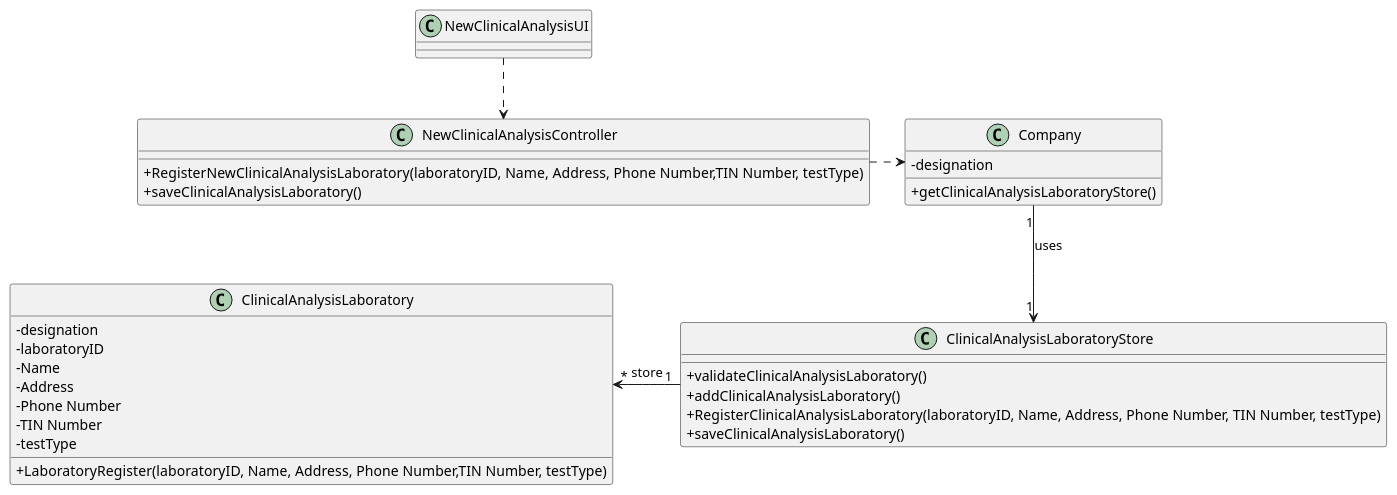
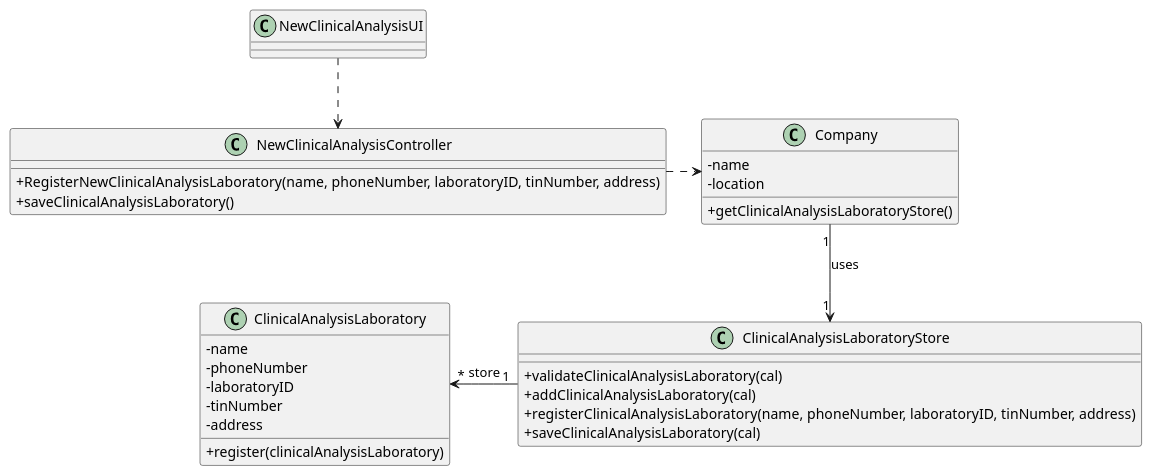
Before and after one commit to GuilhermeCunha79/lapr2: the diagram in docs/SprintB/US8/UC8_CD.puml, drawn with PlantUML. The commit also changed 12 other files, not shown here.

```diff
--- a/docs/SprintB/US8/UC8_CD.puml
+++ b/docs/SprintB/US8/UC8_CD.puml
@@ -1,41 +1,40 @@
 @startuml
 skinparam classAttributeIconSize 0
 
 class NewClinicalAnalysisUI{
 }
 
 class NewClinicalAnalysisController
 {
-    +RegisterNewClinicalAnalysisLaboratory(laboratoryID, Name, Address, Phone Number,TIN Number, testType)
+    +RegisterNewClinicalAnalysisLaboratory(name, phoneNumber, laboratoryID, tinNumber, address)
     +saveClinicalAnalysisLaboratory()
 }
 
 class ClinicalAnalysisLaboratory{
-    -designation
+    -name
+    -phoneNumber
     -laboratoryID
-    -Name
-    -Address
-    -Phone Number
-    -TIN Number
-    -testType
-    +LaboratoryRegister(laboratoryID, Name, Address, Phone Number,TIN Number, testType)
+    -tinNumber
+    -address
+    + register(clinicalAnalysisLaboratory)
 }
 
 class Company{
-	-designation
+	-name
+	-location
 	+getClinicalAnalysisLaboratoryStore()
 }
 
 class ClinicalAnalysisLaboratoryStore{
-    + validateClinicalAnalysisLaboratory()
-    +  addClinicalAnalysisLaboratory()
-    + RegisterClinicalAnalysisLaboratory(laboratoryID, Name, Address, Phone Number, TIN Number, testType)
-    + saveClinicalAnalysisLaboratory()
+    + validateClinicalAnalysisLaboratory(cal)
+    + addClinicalAnalysisLaboratory(cal)
+    + registerClinicalAnalysisLaboratory(name, phoneNumber, laboratoryID, tinNumber, address)
+    + saveClinicalAnalysisLaboratory(cal)
 }
 
 NewClinicalAnalysisUI ..> NewClinicalAnalysisController
 NewClinicalAnalysisController .right.> Company
 Company"1" --> "1"ClinicalAnalysisLaboratoryStore : uses
 ClinicalAnalysisLaboratoryStore"1" -left-> "*"ClinicalAnalysisLaboratory : store
 
 @enduml
```
